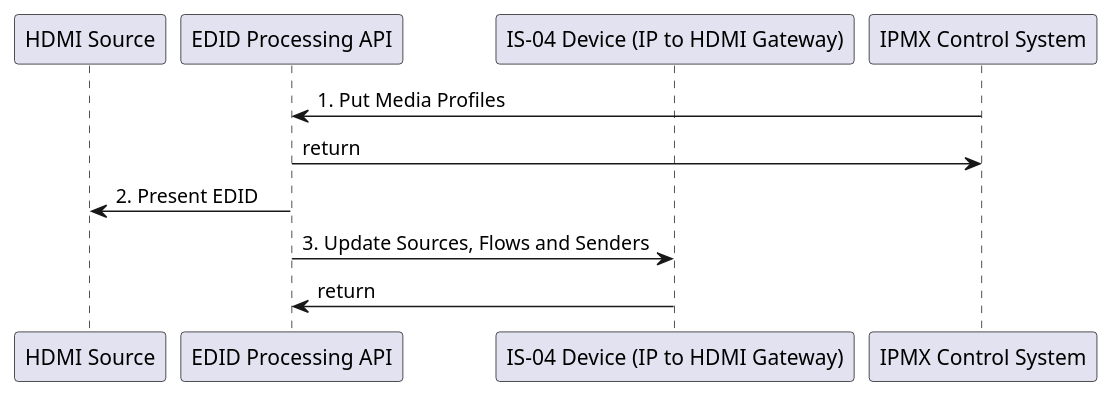
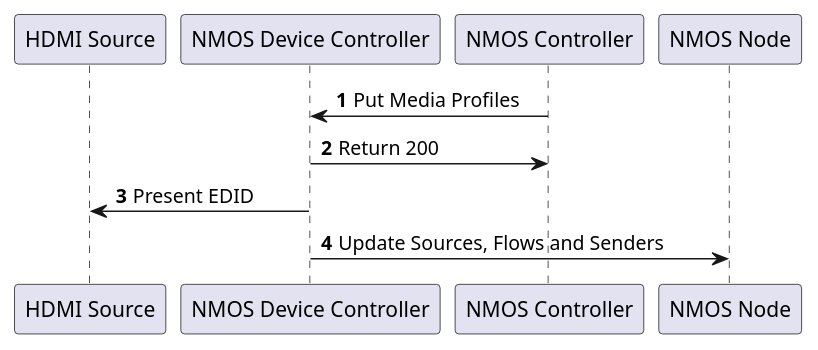
Before and after one commit to AMWA-TV/bcp-005-01: the diagram in docs/images/puml/encoder_setup.puml, drawn with PlantUML. The commit also changed 19 other files, not shown here.

First line of the commit message:
Update language in Architecture document (#45)

```diff
--- a/docs/images/puml/encoder_setup.puml
+++ b/docs/images/puml/encoder_setup.puml
@@ -1,14 +1,13 @@
 @startuml
+autonumber
 skinparam BoxPadding 10
 
 participant "HDMI Source"
-participant "EDID Processing API"
-participant "IS-04 Device (IP to HDMI Gateway)"
-participant "IPMX Control System"
+participant "NMOS Device Controller"
+participant "NMOS Controller"
 
-"IPMX Control System" -> "EDID Processing API": 1. Put Media Profiles
-"IPMX Control System" <- "EDID Processing API": return
-"HDMI Source" <- "EDID Processing API": 2. Present EDID
-"IS-04 Device (IP to HDMI Gateway)" <- "EDID Processing API": 3. Update Sources, Flows and Senders
-"IS-04 Device (IP to HDMI Gateway)" -> "EDID Processing API": return
+"NMOS Controller" -> "NMOS Device Controller": Put Media Profiles
+"NMOS Controller" <- "NMOS Device Controller": Return 200
+"HDMI Source" <- "NMOS Device Controller": Present EDID
+"NMOS Device Controller" -> "NMOS Node": Update Sources, Flows and Senders
 @enduml
```
